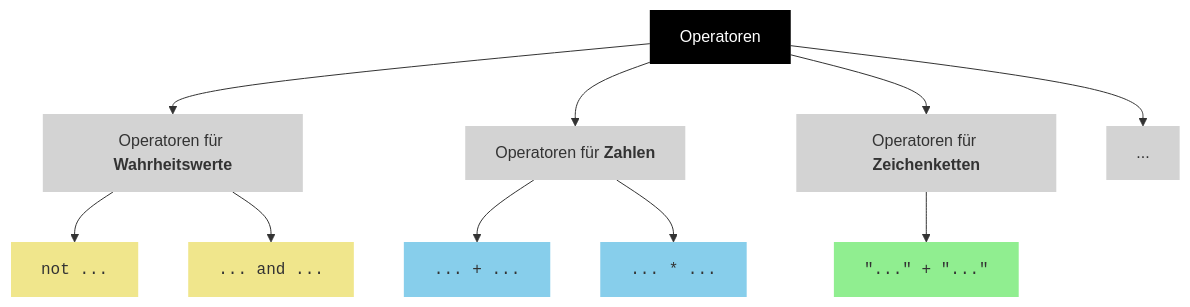
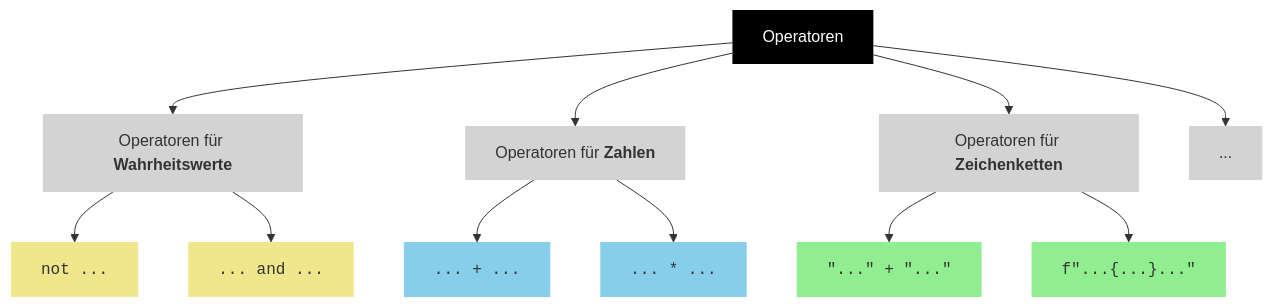
Before and after one commit to ghackenberg/python-grundlagen-kurs: the diagram in Grafiken/Mermaid/Operatoren/Allgemein.mmd, drawn with Mermaid. The commit also changed 8 other files, not shown here.

```diff
--- a/Grafiken/Mermaid/Operatoren/Allgemein.mmd
+++ b/Grafiken/Mermaid/Operatoren/Allgemein.mmd
@@ -1,31 +1,33 @@
 flowchart
 
     Operatoren
 
     Operatoren --> Bool["Operatoren für <b>Wahrheitswerte</b>"]
     Operatoren --> Num["Operatoren für <b>Zahlen</b>"]
     Operatoren --> Str["Operatoren für <b>Zeichenketten</b>"]
     Operatoren --> More["..."]
 
     Bool --> Not["<code>not ...</code>"]
     Bool --> And["<code>... and ...</code>"]
 
     Num --> Plus["<code>... + ...</code>"]
     Num --> Mal["<code>... * ...</code>"]
 
     Str --> Concat["<code>&quot;...&quot; + &quot;...&quot;</code>"]
+    Str --> F["<code>f&quot;...{...}...&quot;</code>"]
 
     style Operatoren fill:black,color:white,stroke-width:0px
 
     style Bool fill:lightgray,stroke-width:0px
     style Num fill:lightgray,stroke-width:0px
     style Str fill:lightgray,stroke-width:0px
     style More fill:lightgray,stroke-width:0px
     
     style Not fill:khaki,stroke-width:0px
     style And fill:khaki,stroke-width:0px
 
     style Plus fill:skyblue,stroke-width:0px
     style Mal fill:skyblue,stroke-width:0px
 
     style Concat fill:lightgreen,stroke-width:0px
+    style F fill:lightgreen,stroke-width:0px
```
